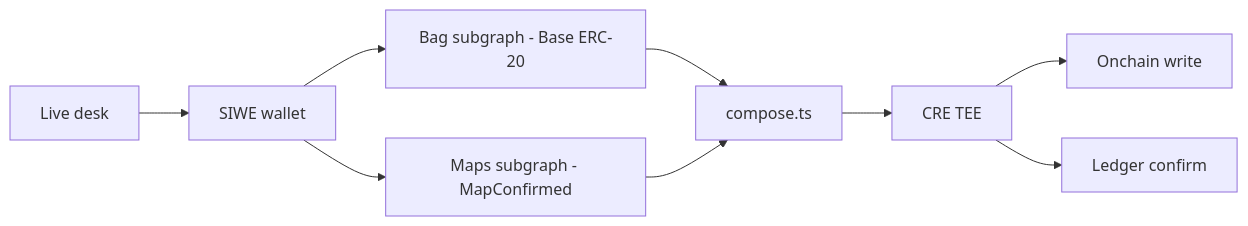
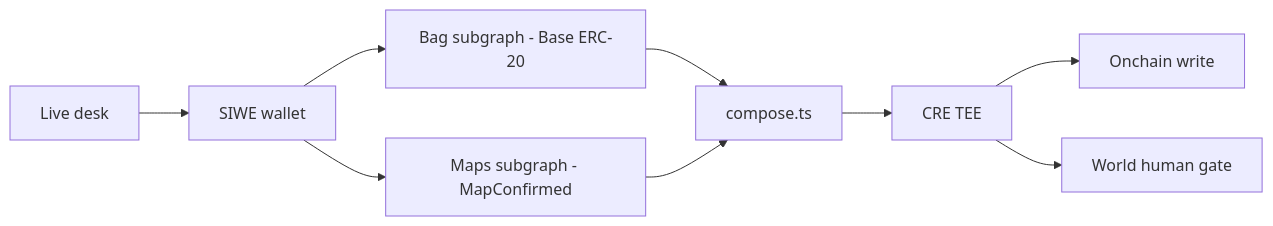
The diagram in docs/ARCHITECTURE.md (AiAlchemist0/tradecharts-attest), drawn with Mermaid before and after one commit. The commit also changed other lines of this file and 4 other files, not shown here.

Commit message:
docs: partner copy swept to World — spec, readme, architecture, schematics

````diff
--- a/docs/ARCHITECTURE.md
+++ b/docs/ARCHITECTURE.md
@@ -12,20 +12,20 @@
 ```mermaid
 flowchart LR
   desk[Live desk]
   wallet[SIWE wallet]
   std[Bag subgraph - Base ERC-20]
   maps[Maps subgraph - MapConfirmed]
   compose[compose.ts]
   cre[CRE TEE]
   chain[Onchain write]
-  ledger[Ledger confirm]
+  world[World human gate]
 
   desk --> wallet
   wallet --> std
   wallet --> maps
   std --> compose
   maps --> compose
   compose --> cre
   cre --> chain
-  cre --> ledger
+  cre --> world
 ```
````
